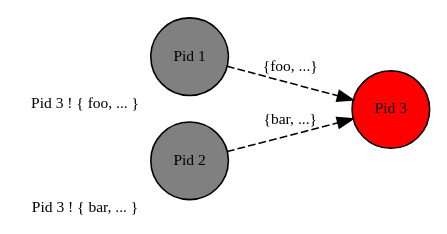
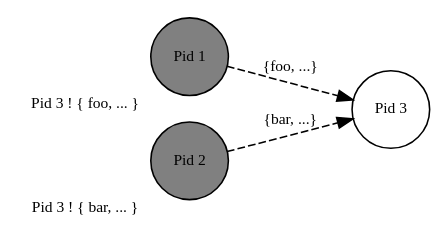
Before and after one commit to mtrsk/mtrsk.github.io: the third of 4 diagrams in notes/20240930224229-concurrent_erlang.org, drawn with Graphviz. The commit also changed other lines of this file and 9 other files, not shown here.

Commit message:
notes: add graphviz-based images

```diff
--- a/notes/20240930224229-concurrent_erlang.org
+++ b/notes/20240930224229-concurrent_erlang.org
@@ -86,14 +86,14 @@
     #+BEGIN_SRC dot :file ../static/img/notes/erlang_selective.png :cmdline -Kdot -Tpng :exports results
       digraph Selective {
           node [shape=circle];
           rankdir="LR";
           sep = 1;
 
           pid1 [label="Pid 1", xlabel="Pid 3 ! { foo, ... }", fontsize="10pt", style=filled, fillcolor=grey];
           pid2 [label="Pid 2", xlabel="Pid 3 ! { bar, ... }", fontsize="10pt", style=filled, fillcolor=grey];
-          pid3 [label="Pid 3", fontsize="10pt", style=filled, fillcolor=red];
+          pid3 [label="Pid 3", fontsize="10pt", style=filled, fillcolor=white];
 
           pid1 -> pid3 [label="{foo, ...}", fontsize="10pt", minlen=1, style=dashed];
           pid2 -> pid3 [label="{bar, ...}", fontsize="10pt", minlen=1, style=dashed];
       }
     #+END_SRC
```
